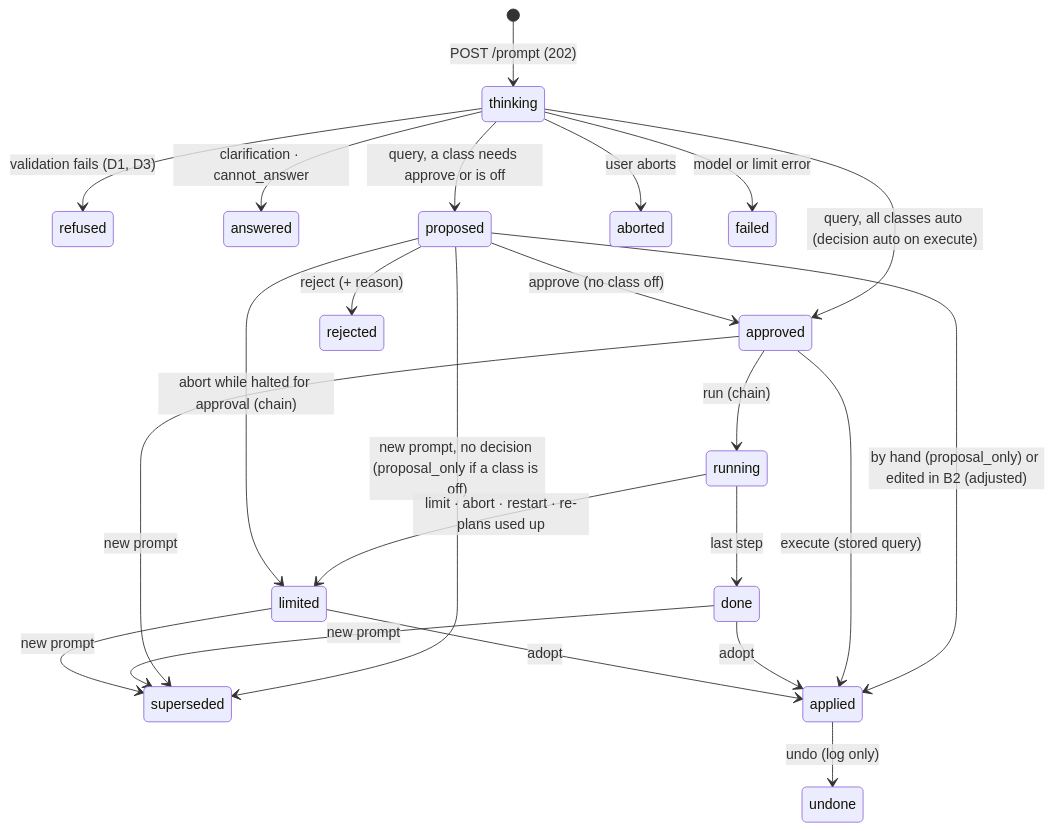
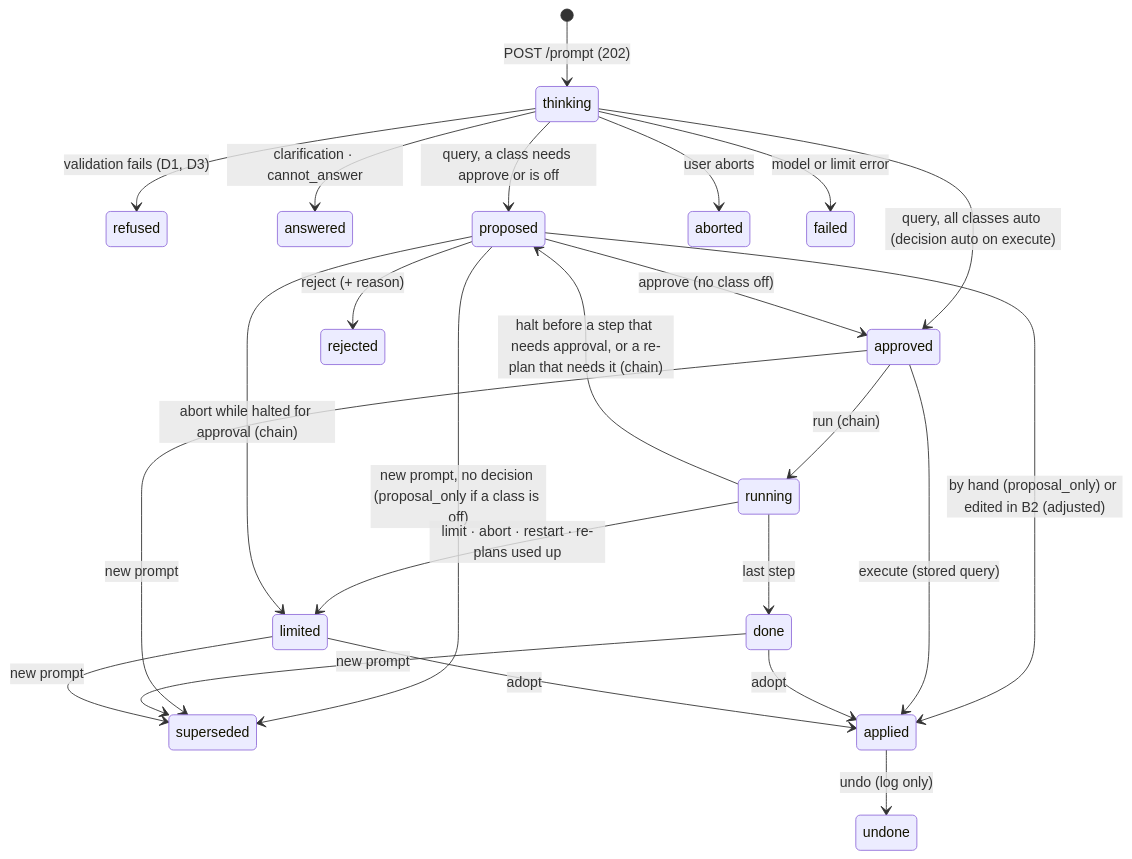
One commit to DavidAndrey/GeoTandem changed the first of 2 diagrams in docs/plan-e2.3-e2.6.md. Above: the diagram before and after it, drawn with Mermaid.

Commit message:
docs: plan 1.2 gains the chain's halt edge (running -> proposed)

````diff
--- a/docs/plan-e2.3-e2.6.md
+++ b/docs/plan-e2.3-e2.6.md
@@ -42,25 +42,26 @@
 ```mermaid
 stateDiagram-v2
   [*] --> thinking : POST /prompt (202)
   thinking --> refused : validation fails (D1, D3)
   thinking --> answered : clarification · cannot_answer
   thinking --> proposed : query, a class needs approve or is off
   thinking --> approved : query, all classes auto (decision auto on execute)
   thinking --> aborted : user aborts
   thinking --> failed : model or limit error
   proposed --> approved : approve (no class off)
   proposed --> rejected : reject (+ reason)
   proposed --> superseded : new prompt, no decision (proposal_only if a class is off)
   proposed --> applied : by hand (proposal_only) or edited in B2 (adjusted)
   approved --> applied : execute (stored query)
   approved --> running : run (chain)
   running --> done : last step
+  running --> proposed : halt before a step that needs approval, or a re-plan that needs it (chain)
   running --> limited : limit · abort · restart · re-plans used up
   proposed --> limited : abort while halted for approval (chain)
   done --> applied : adopt
   limited --> applied : adopt
   approved --> superseded : new prompt
   done --> superseded : new prompt
   limited --> superseded : new prompt
   applied --> undone : undo (log only)
 ```
````
